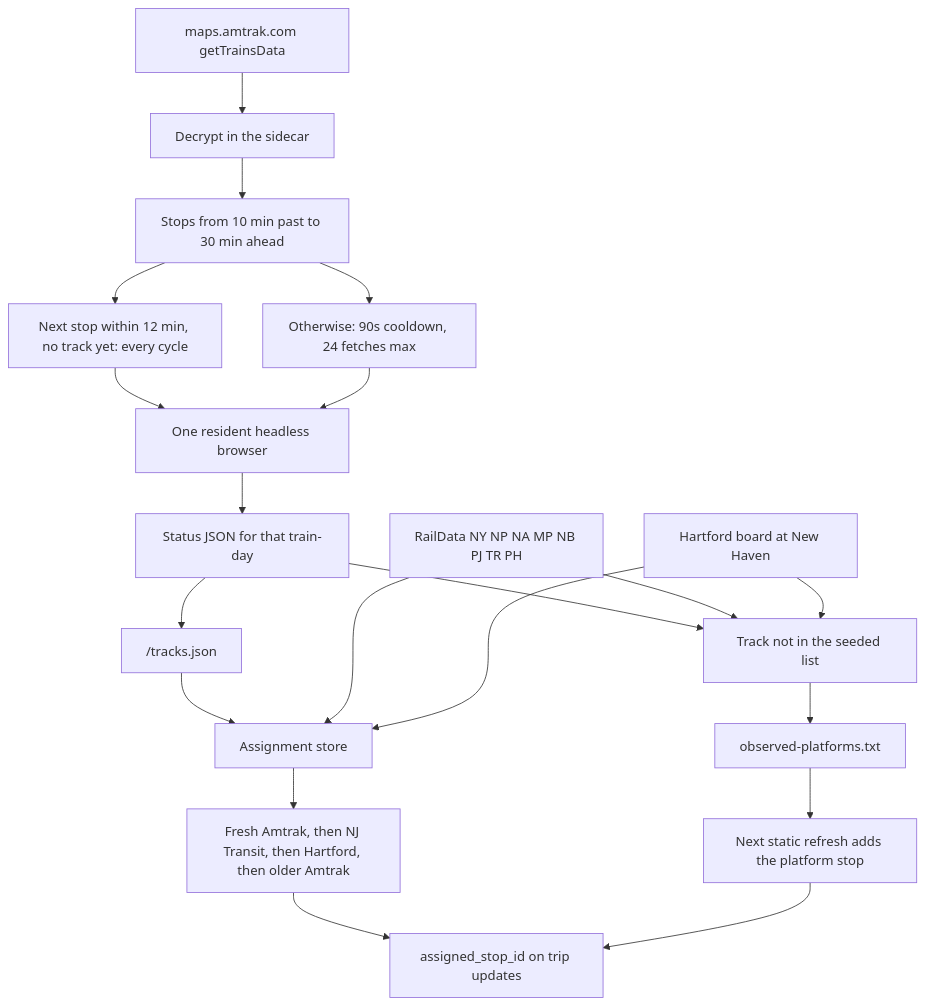
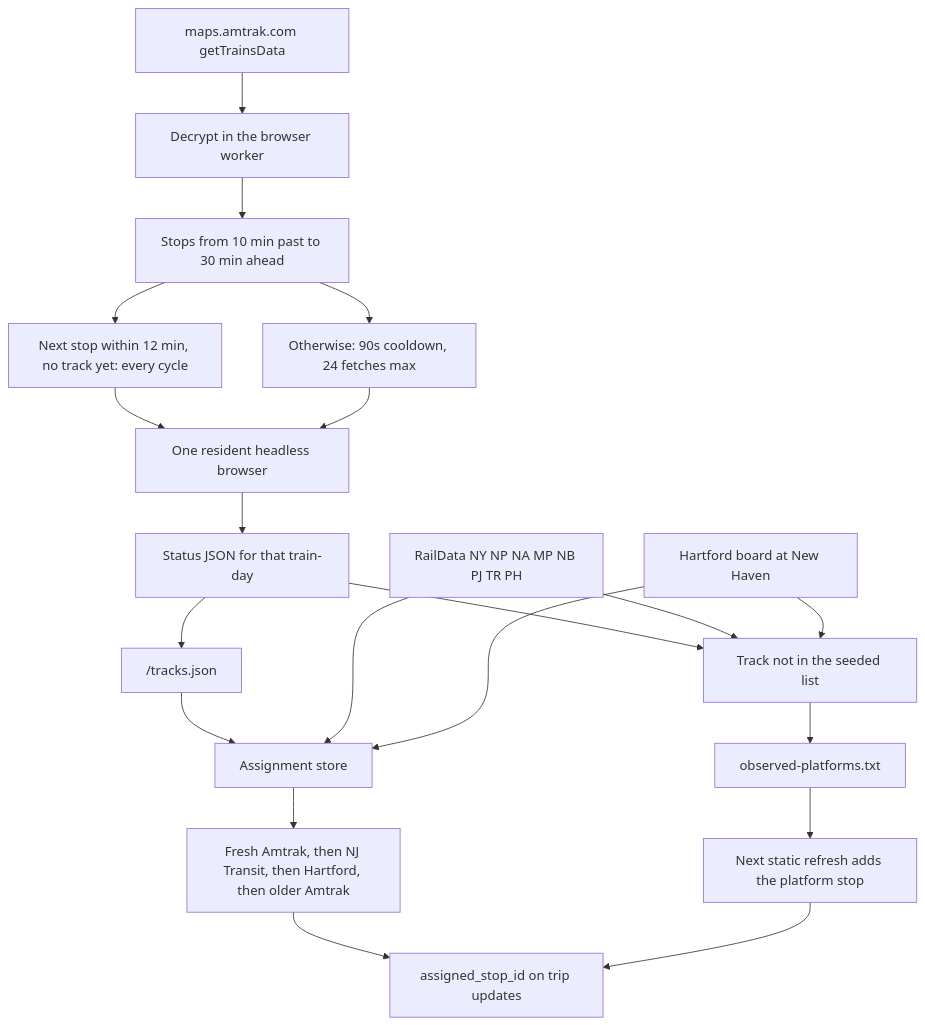
Before and after one commit to sohampatwardhan/Amtrak-GTFS-RT: the eighth of 9 diagrams in README.md, drawn with Mermaid. The commit also changed other lines of this file and 117 other files, not shown here.

First line of the commit message:
Merge the track and notices fetchers into one browser worker with one Chromium.

````diff
--- a/README.md
+++ b/README.md
@@ -767,22 +767,22 @@
 ```mermaid
 flowchart TD
-  maps["maps.amtrak.com getTrainsData"] --> dec["Decrypt in the sidecar"]
+  maps["maps.amtrak.com getTrainsData"] --> dec["Decrypt in the browser worker"]
   dec --> win["Stops from 10 min past to 30 min ahead"]
   win --> hot["Next stop within 12 min, no track yet: every cycle"]
   win --> outer["Otherwise: 90s cooldown, 24 fetches max"]
   hot --> browser["One resident headless browser"]
   outer --> browser
   browser --> status["Status JSON for that train-day"]
   status --> snap["/tracks.json"]
   snap --> store["Assignment store"]
   njt["RailData NY NP NA MP NB PJ TR PH"] --> store
   hart["Hartford board at New Haven"] --> store
   store --> rank["Fresh Amtrak, then NJ Transit, then Hartford, then older Amtrak"]
   rank --> stamp["assigned_stop_id on trip updates"]
   status --> seen["Track not in the seeded list"]
   njt --> seen
   hart --> seen
   seen --> file["observed-platforms.txt"]
   file --> static["Next static refresh adds the platform stop"]
   static --> stamp
 ```
````
